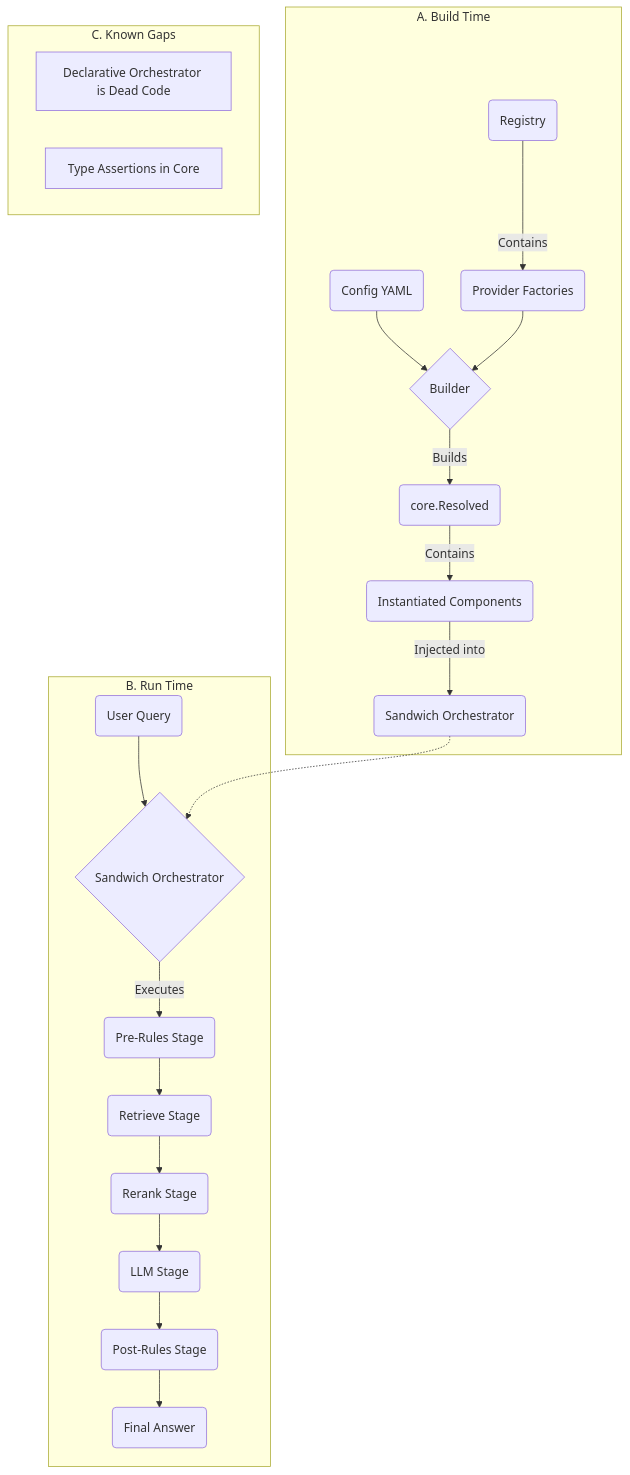
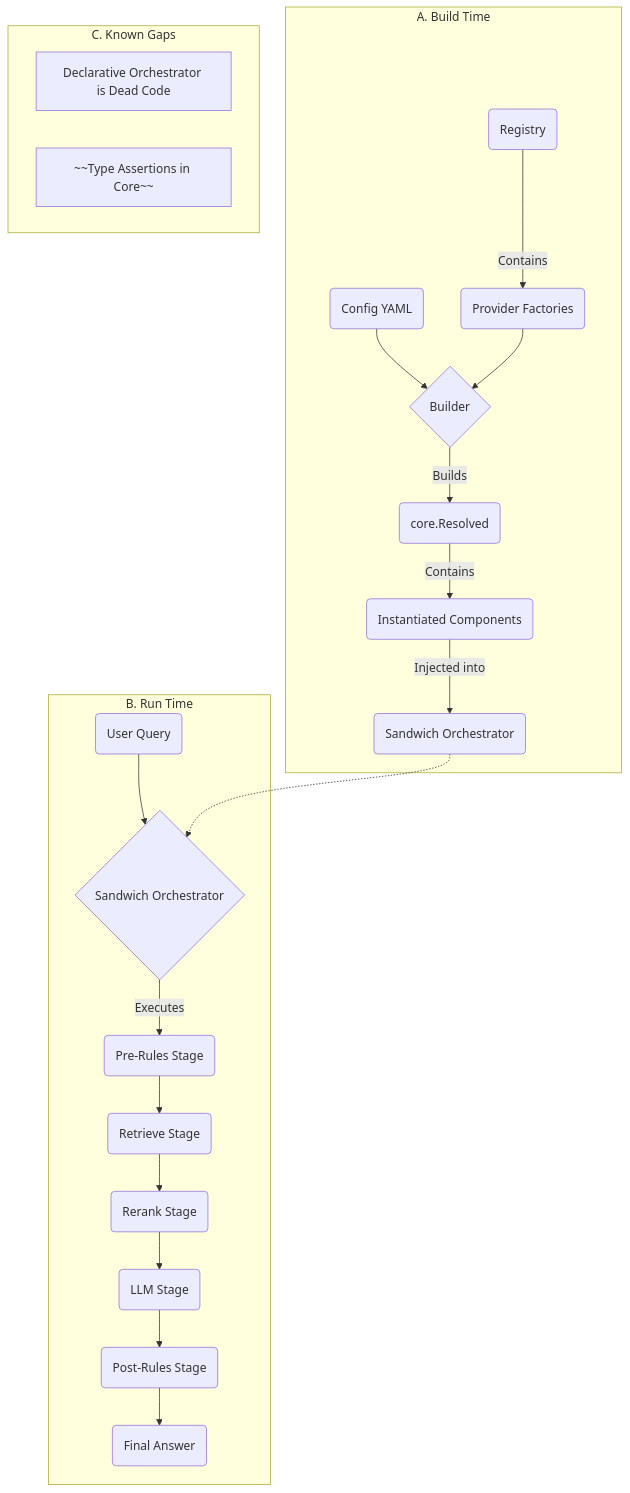
One commit to duynguyendang/manglekit changed the diagram in docs/CONTEXT.md. Above: the diagram before and after it, drawn with Mermaid. The commit also changed other lines of this file and 28 other files, not shown here.

First line of the commit message:
refactor: Enforce Compile-Time Type Safety in core.Resolved

````diff
--- a/docs/CONTEXT.md
+++ b/docs/CONTEXT.md
@@ -17,28 +17,28 @@
 ```mermaid
 graph TD
     subgraph "A. Build Time"
         A1(Config YAML) --> A2{Builder};
         A3(Registry) -- Contains --> A4(Provider Factories);
         A4 --> A2;
         A2 -- Builds --> A5(core.Resolved);
         A5 -- Contains --> A6(Instantiated Components);
         A6 -- Injected into --> A7(Sandwich Orchestrator);
     end
 
     subgraph "B. Run Time"
         B1(User Query) --> B2{Sandwich Orchestrator};
         B2 -- Executes --> B3(Pre-Rules Stage);
         B3 --> B4(Retrieve Stage);
         B4 --> B5(Rerank Stage);
         B5 --> B6(LLM Stage);
         B6 --> B7(Post-Rules Stage);
         B7 --> B8(Final Answer);
     end
 
     subgraph "C. Known Gaps"
        C1[Declarative Orchestrator is Dead Code]
-       C2[Type Assertions in Core]
+       C2[~~Type Assertions in Core~~]
     end
 
     A7 -.-> B2;
 ```
````
